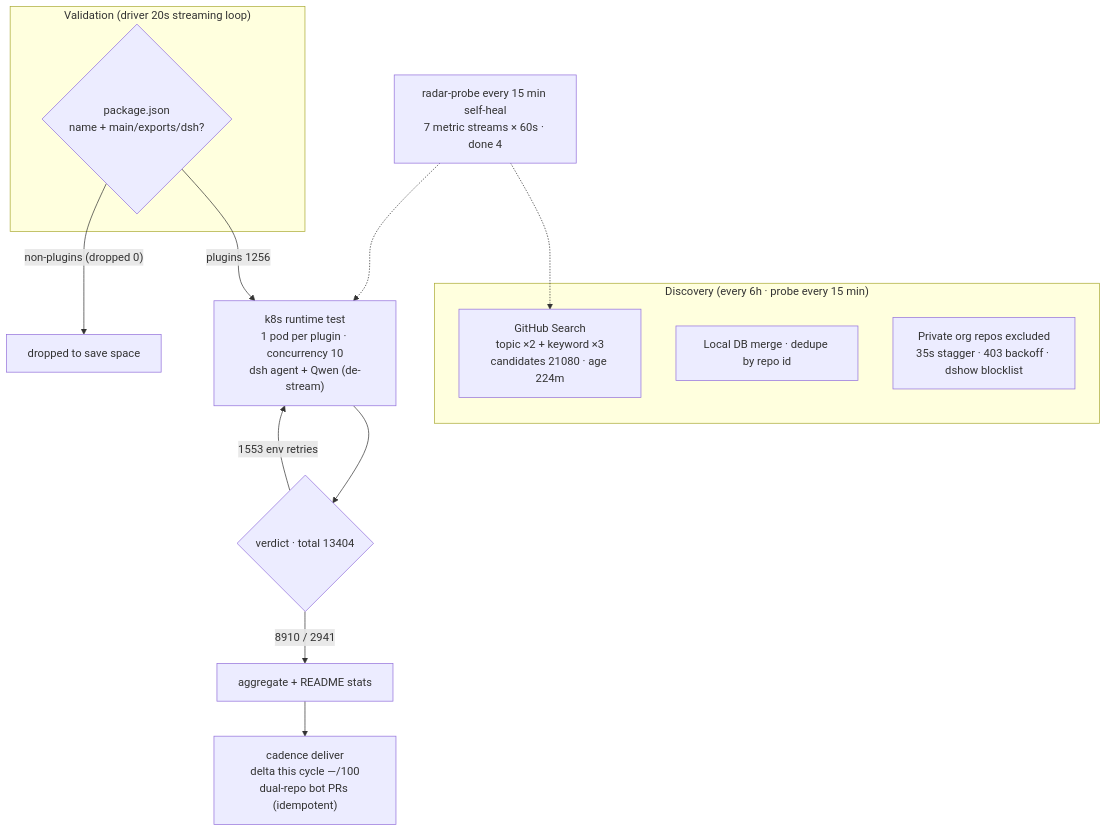
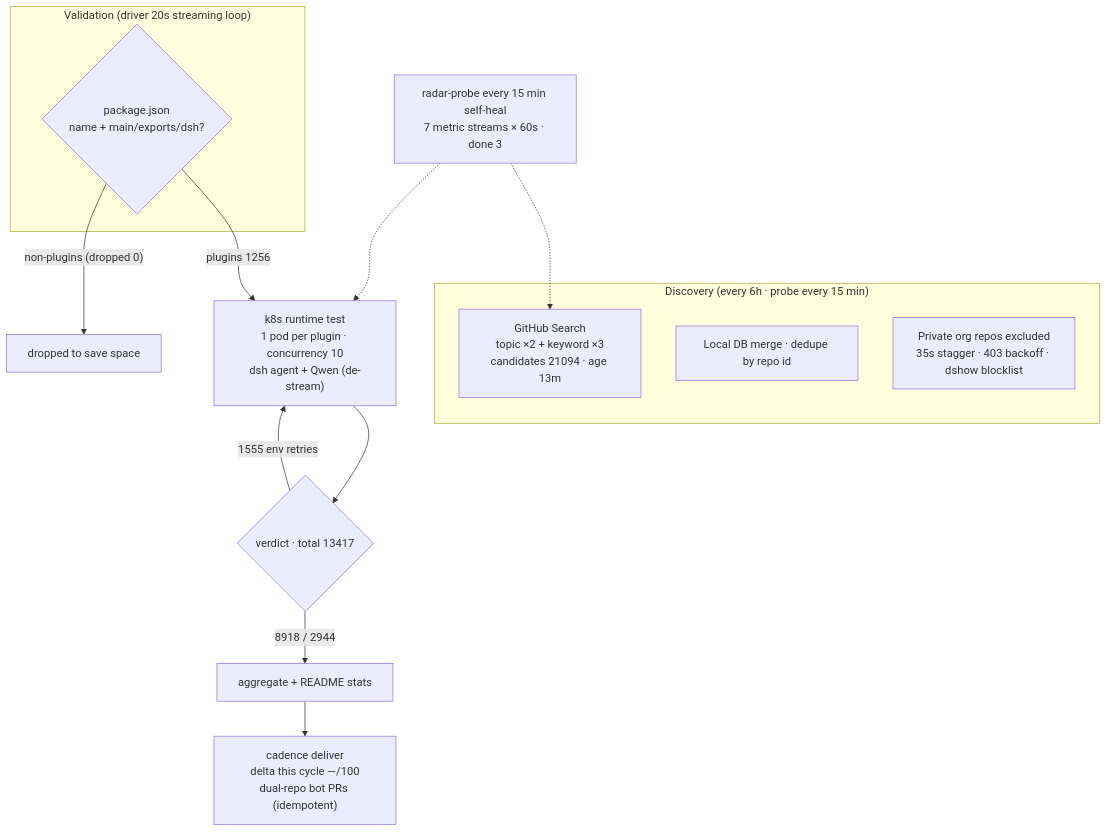
One commit to 1420079678-ctrl/dsh-plugin-radar changed the diagram in README.en-US.md. Above: the diagram before and after it, drawn with Mermaid. The commit also changed other lines of this file and 17 other files, not shown here.

````diff
--- a/README.en-US.md
+++ b/README.en-US.md
@@ -45,20 +45,20 @@
 ```mermaid
 flowchart TB
     subgraph Discovery["Discovery (every 6h · probe every 15 min)"]
-        A1["GitHub Search<br/>topic ×2 + keyword ×3<br/>candidates 21080 · age 224m"]
+        A1["GitHub Search<br/>topic ×2 + keyword ×3<br/>candidates 21094 · age 13m"]
         A2["Local DB merge · dedupe by repo id"]
         A3["Private org repos excluded<br/>35s stagger · 403 backoff · dshow blocklist"]
     end
     subgraph Validation["Validation (driver 20s streaming loop)"]
         B1{"package.json<br/>name + main/exports/dsh?"}
     end
     B1 -->|"plugins 1256"| C1["k8s runtime test<br/>1 pod per plugin · concurrency 10<br/>dsh agent + Qwen (de-stream)"]
     B1 -->|"non-plugins (dropped 0)"| B3["dropped to save space"]
-    C1 --> D1{"verdict · total 13404"}
-    D1 -->|"8910 / 2941"| E1["aggregate + README stats"]
-    D1 -->|"1553 env retries"| C1
+    C1 --> D1{"verdict · total 13417"}
+    D1 -->|"8918 / 2944"| E1["aggregate + README stats"]
+    D1 -->|"1555 env retries"| C1
     E1 --> E2["cadence deliver<br/>delta this cycle —/100<br/>dual-repo bot PRs (idempotent)"]
-    M["radar-probe every 15 min self-heal<br/>7 metric streams × 60s · done 4"]
+    M["radar-probe every 15 min self-heal<br/>7 metric streams × 60s · done 3"]
     M -.-> A1
     M -.-> C1
 ```
````
